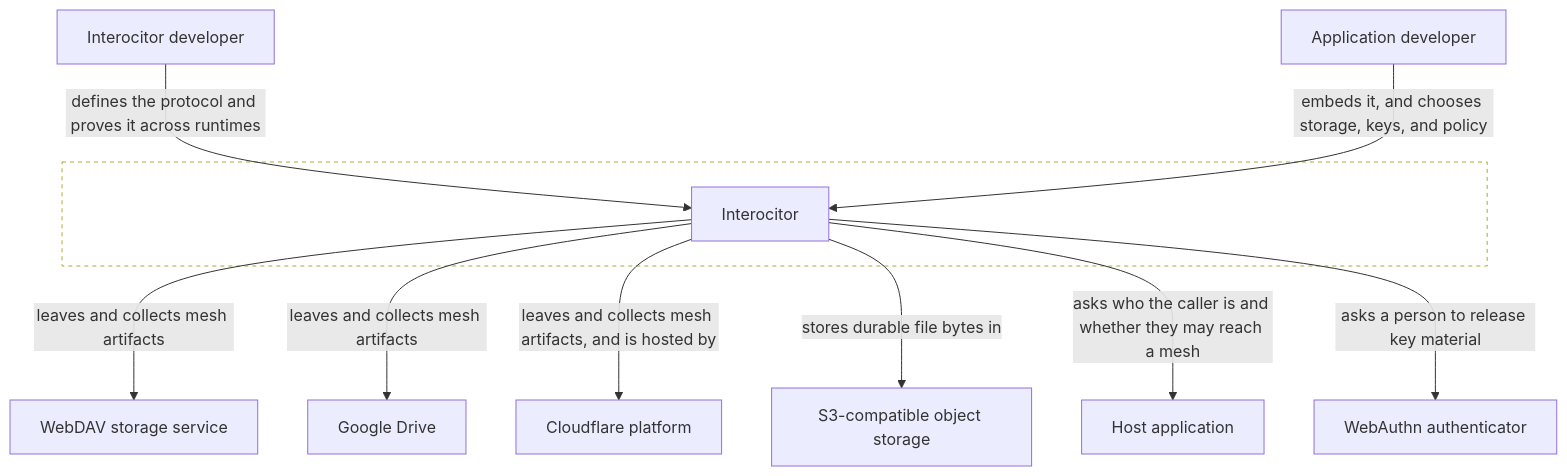
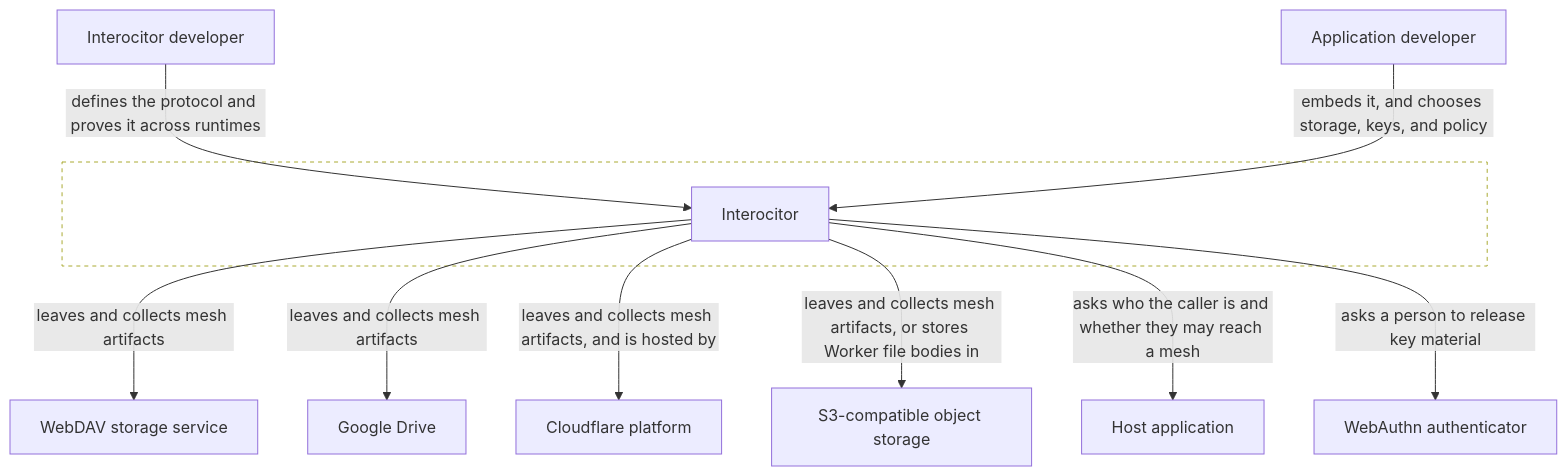
The diagram in .compass/interocitor/README.md (Machine-Garden/interocitor), drawn with Mermaid before and after one commit. The commit also changed other lines of this file and 21 other files, not shown here.

````diff
--- a/.compass/interocitor/README.md
+++ b/.compass/interocitor/README.md
@@ -11,28 +11,28 @@
 ```mermaid
 graph TB
   DEV["Interocitor developer"]
   APP["Application developer"]
 
   subgraph boundary [" "]
     SYS["Interocitor"]
   end
 
   HOST["Host application"]
   WEBDAV["WebDAV storage service"]
   DRIVE["Google Drive"]
   CF["Cloudflare platform"]
   S3["S3-compatible object storage"]
   AUTH["WebAuthn authenticator"]
 
   DEV -->|"defines the protocol and proves it across runtimes"| SYS
   APP -->|"embeds it, and chooses storage, keys, and policy"| SYS
 
   SYS -->|"leaves and collects mesh artifacts"| WEBDAV
   SYS -->|"leaves and collects mesh artifacts"| DRIVE
   SYS -->|"leaves and collects mesh artifacts, and is hosted by"| CF
-  SYS -->|"stores durable file bytes in"| S3
+  SYS -->|"leaves and collects mesh artifacts, or stores Worker file bodies in"| S3
   SYS -->|"asks who the caller is and whether they may reach a mesh"| HOST
   SYS -->|"asks a person to release key material"| AUTH
 
   style boundary fill:none,stroke-dasharray:4 4
 ```
````
